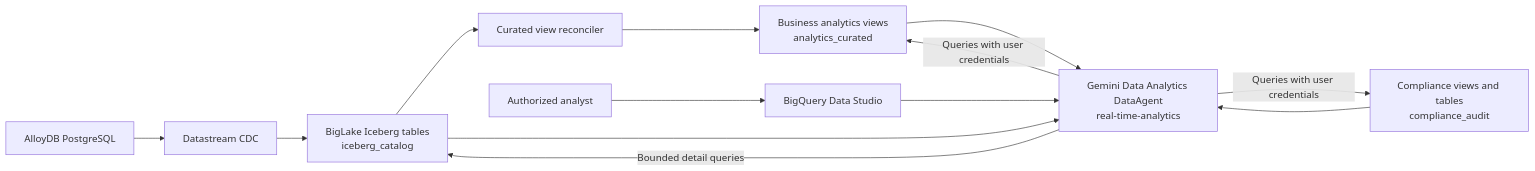
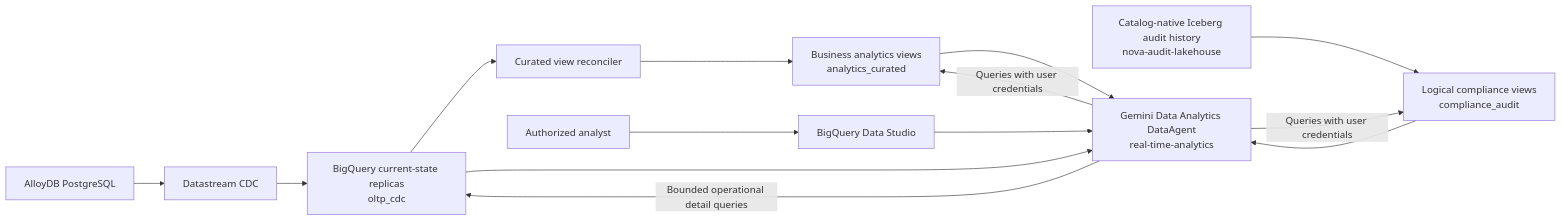
The first of 2 diagrams in docs/architecture/data-platform/real_time_analytics_agent_architecture.md (GoogleCloudPlatform/fsi-gecx-bundle), drawn with Mermaid before and after one commit. The commit also changed other lines of this file and 29 other files, not shown here.

Commit message:
refactor: rename native CDC dataset

````diff
--- a/docs/architecture/data-platform/real_time_analytics_agent_architecture.md
+++ b/docs/architecture/data-platform/real_time_analytics_agent_architecture.md
@@ -24,25 +24,27 @@
 ```mermaid
 flowchart LR
     AlloyDB["AlloyDB PostgreSQL"]
     Datastream["Datastream CDC"]
-    Iceberg["BigLake Iceberg tables<br/>iceberg_catalog"]
-    Audit["Compliance views and tables<br/>compliance_audit"]
+    CDC["BigQuery current-state replicas<br/>oltp_cdc"]
+    Iceberg["Catalog-native Iceberg audit history<br/>nova-audit-lakehouse"]
+    Audit["Logical compliance views<br/>compliance_audit"]
     Reconciler["Curated view reconciler"]
     Curated["Business analytics views<br/>analytics_curated"]
     Agent["Gemini Data Analytics DataAgent<br/>real-time-analytics"]
     Studio["BigQuery Data Studio"]
     User["Authorized analyst"]
 
     AlloyDB --> Datastream
-    Datastream --> Iceberg
-    Iceberg --> Reconciler
+    Datastream --> CDC
+    CDC --> Reconciler
     Reconciler --> Curated
-    Iceberg --> Agent
+    CDC --> Agent
+    Iceberg --> Audit
     Audit --> Agent
     Curated --> Agent
     User --> Studio
     Studio --> Agent
     Agent -->|"Queries with user credentials"| Curated
     Agent -->|"Queries with user credentials"| Audit
-    Agent -->|"Bounded detail queries"| Iceberg
+    Agent -->|"Bounded operational detail queries"| CDC
 ```
````
